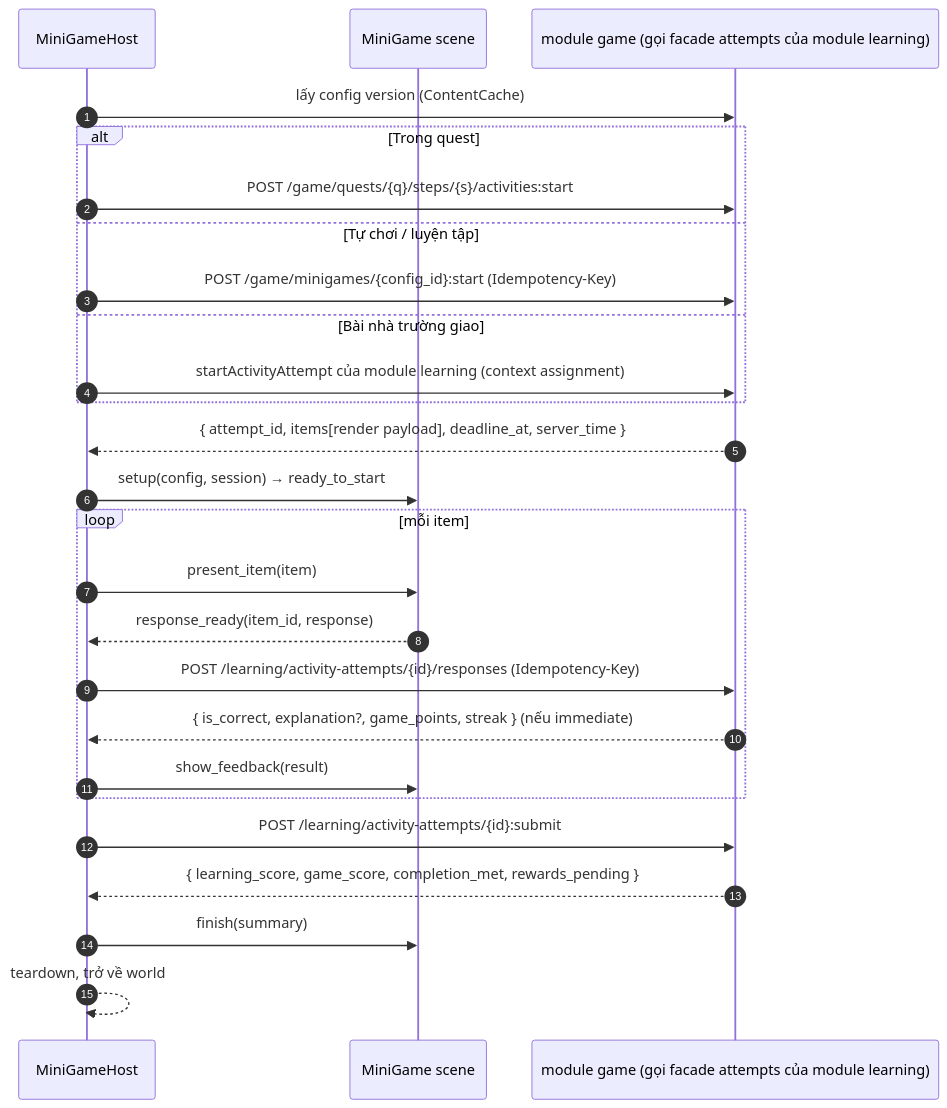
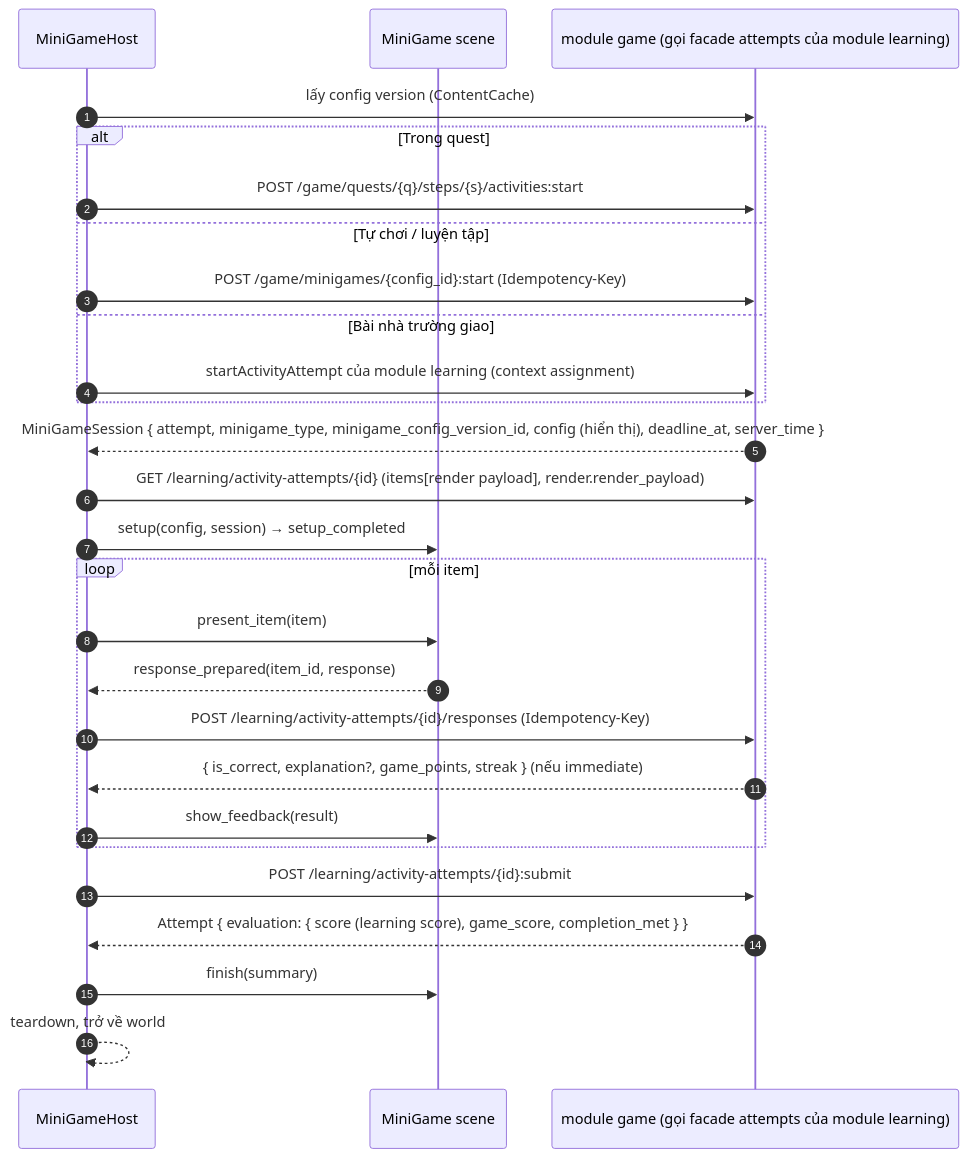
Before and after one commit to tanguyen2020/eduworld-platform: the second of 2 diagrams in docs/08-game-client/MINIGAME_ENGINE.md, drawn with Mermaid. The commit also changed other lines of this file and 241 other files, not shown here.

````diff
--- a/docs/08-game-client/MINIGAME_ENGINE.md
+++ b/docs/08-game-client/MINIGAME_ENGINE.md
@@ -122,28 +122,29 @@
 ```mermaid
 sequenceDiagram
   autonumber
   participant H as MiniGameHost
   participant S as MiniGame scene
   participant API as module game (gọi facade attempts của module learning)
   H->>API: lấy config version (ContentCache)
   alt Trong quest
     H->>API: POST /game/quests/{q}/steps/{s}/activities:start
   else Tự chơi / luyện tập
     H->>API: POST /game/minigames/{config_id}:start (Idempotency-Key)
   else Bài nhà trường giao
     H->>API: startActivityAttempt của module learning (context assignment)
   end
-  API-->>H: { attempt_id, items[render payload], deadline_at, server_time }
-  H->>S: setup(config, session) → ready_to_start
+  API-->>H: MiniGameSession { attempt, minigame_type, minigame_config_version_id, config (hiển thị), deadline_at, server_time }
+  H->>API: GET /learning/activity-attempts/{id} (items[render payload], render.render_payload)
+  H->>S: setup(config, session) → setup_completed
   loop mỗi item
     H->>S: present_item(item)
-    S-->>H: response_ready(item_id, response)
+    S-->>H: response_prepared(item_id, response)
     H->>API: POST /learning/activity-attempts/{id}/responses (Idempotency-Key)
     API-->>H: { is_correct, explanation?, game_points, streak } (nếu immediate)
     H->>S: show_feedback(result)
   end
   H->>API: POST /learning/activity-attempts/{id}:submit
-  API-->>H: { learning_score, game_score, completion_met, rewards_pending }
+  API-->>H: Attempt { evaluation: { score (learning score), game_score, completion_met } }
   H->>S: finish(summary)
   H-->>H: teardown, trở về world
 ```
````
